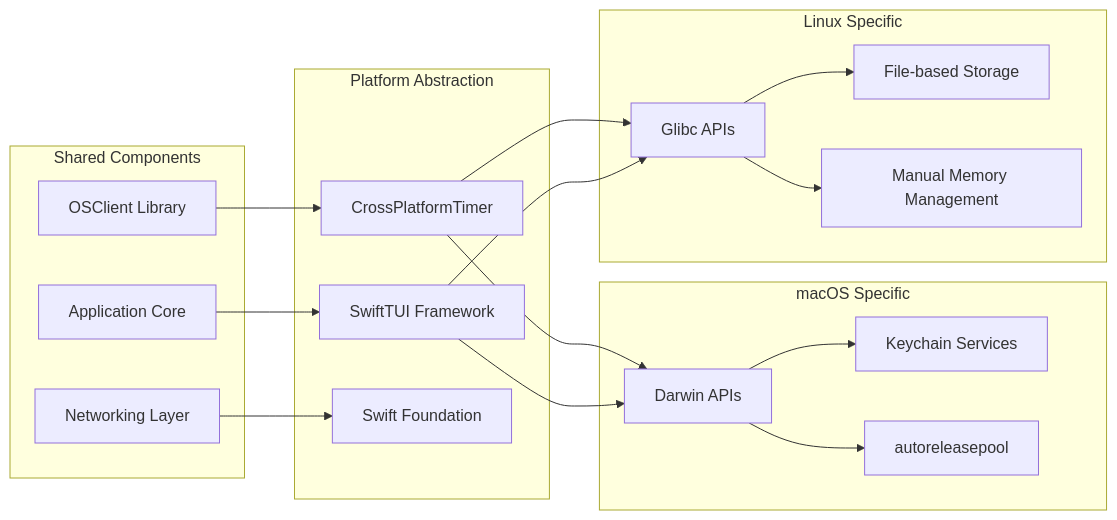
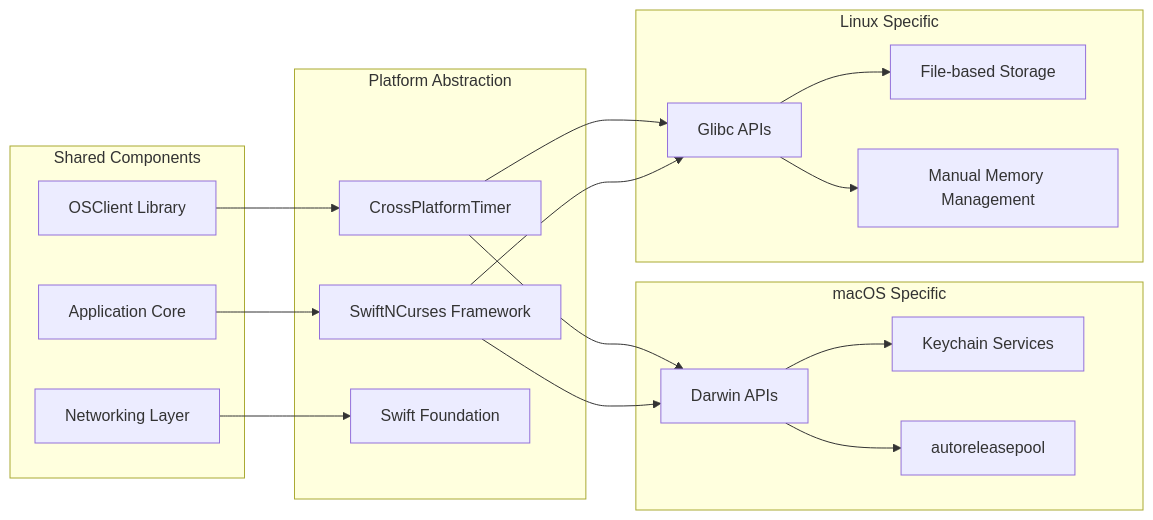
Before and after one commit to bluejayA/substation: the second of 5 diagrams in docs/architecture/overview.md, drawn with Mermaid. The commit also changed other lines of this file and 197 other files, not shown here.

First line of the commit message:
chore: rename SwiftTUI to SwiftNCurses

````diff
--- a/docs/architecture/overview.md
+++ b/docs/architecture/overview.md
@@ -202,40 +202,40 @@
 ```mermaid
 graph LR
     subgraph "Platform Abstraction"
         CrossPlatform[CrossPlatformTimer]
-        SwiftTUI[SwiftTUI Framework]
+        SwiftNCurses[SwiftNCurses Framework]
         Foundation[Swift Foundation]
     end
 
     subgraph "macOS Specific"
         Darwin[Darwin APIs]
         Keychain[Keychain Services]
         AutoRelease[autoreleasepool]
     end
 
     subgraph "Linux Specific"
         Glibc[Glibc APIs]
         FileSystem[File-based Storage]
         Manual[Manual Memory Management]
     end
 
     subgraph "Shared Components"
         OSClient[OSClient Library]
         Core[Application Core]
         Network[Networking Layer]
     end
 
     CrossPlatform --> Darwin
     CrossPlatform --> Glibc
-    SwiftTUI --> Darwin
-    SwiftTUI --> Glibc
+    SwiftNCurses --> Darwin
+    SwiftNCurses --> Glibc
 
     OSClient --> CrossPlatform
-    Core --> SwiftTUI
+    Core --> SwiftNCurses
     Network --> Foundation
 
     Darwin --> Keychain
     Darwin --> AutoRelease
     Glibc --> FileSystem
     Glibc --> Manual
 ```
````
